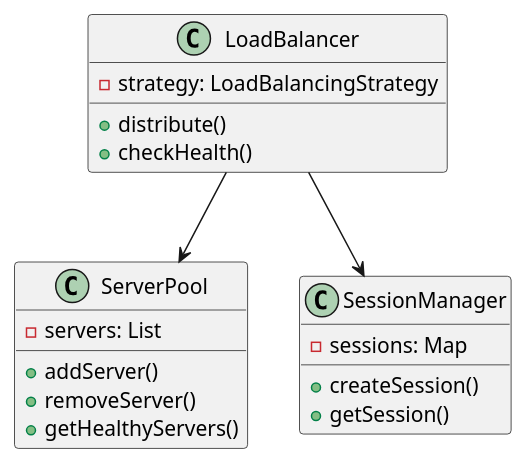
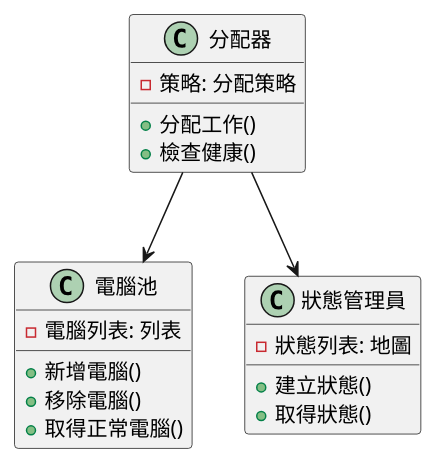
Before and after one commit to fine5351/info-sync: the second of 3 diagrams in doc/learning/architecture/load_balancing_tutorial.md, drawn with PlantUML. The commit also changed other lines of this file and 35 other files, not shown here.

````diff
--- a/doc/learning/architecture/load_balancing_tutorial.md
+++ b/doc/learning/architecture/load_balancing_tutorial.md
@@ -234,25 +146,25 @@
 ```plantuml
 @startuml
-class LoadBalancer {
-    - strategy: LoadBalancingStrategy
-    + distribute()
-    + checkHealth()
+class 分配器 {
+    - 策略: 分配策略
+    + 分配工作()
+    + 檢查健康()
 }
 
-class ServerPool {
-    - servers: List
-    + addServer()
-    + removeServer()
-    + getHealthyServers()
+class 電腦池 {
+    - 電腦列表: 列表
+    + 新增電腦()
+    + 移除電腦()
+    + 取得正常電腦()
 }
 
-class SessionManager {
-    - sessions: Map
-    + createSession()
-    + getSession()
+class 狀態管理員 {
+    - 狀態列表: 地圖
+    + 建立狀態()
+    + 取得狀態()
 }
 
-LoadBalancer --> ServerPool
-LoadBalancer --> SessionManager
+分配器 --> 電腦池
+分配器 --> 狀態管理員
 @enduml
 ```
````
